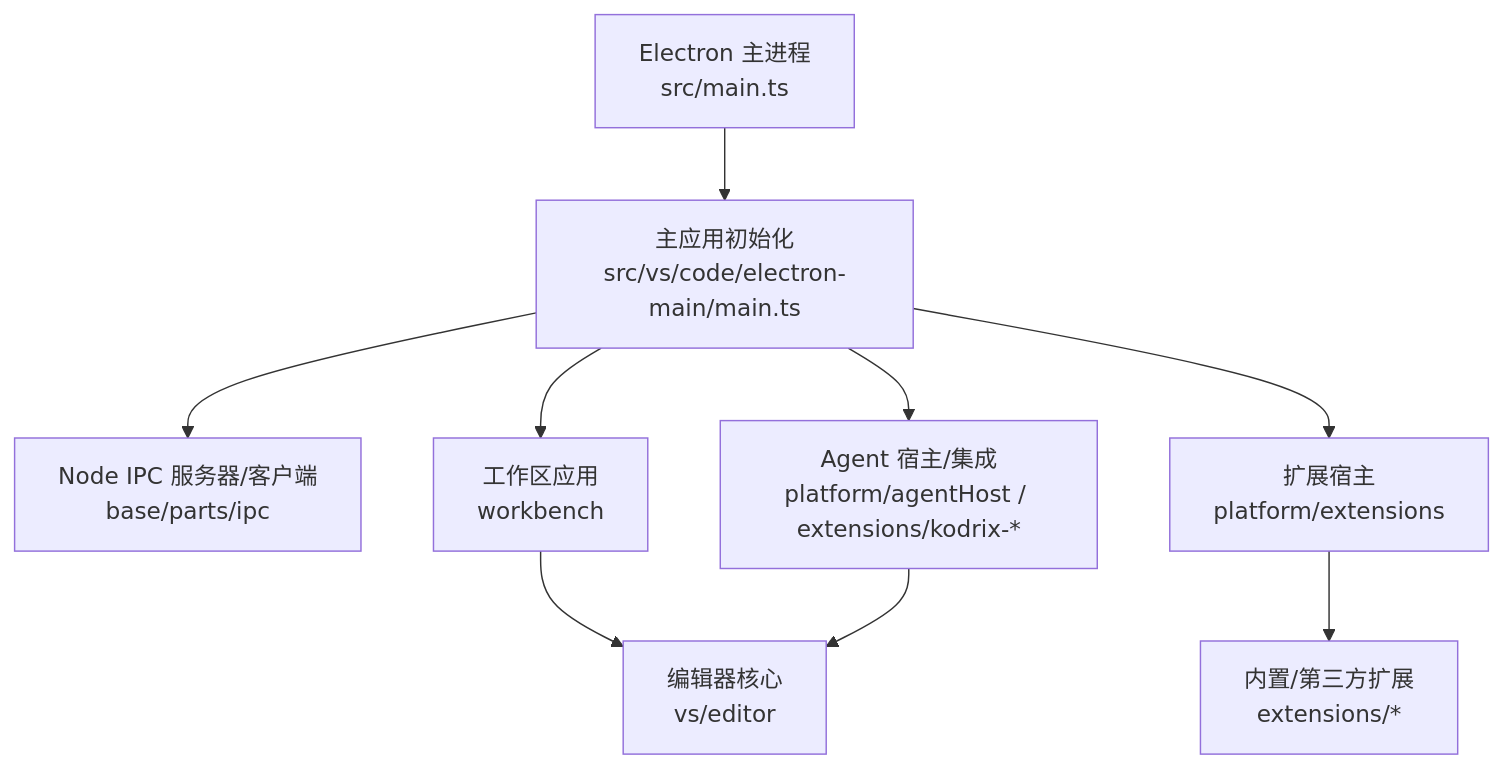
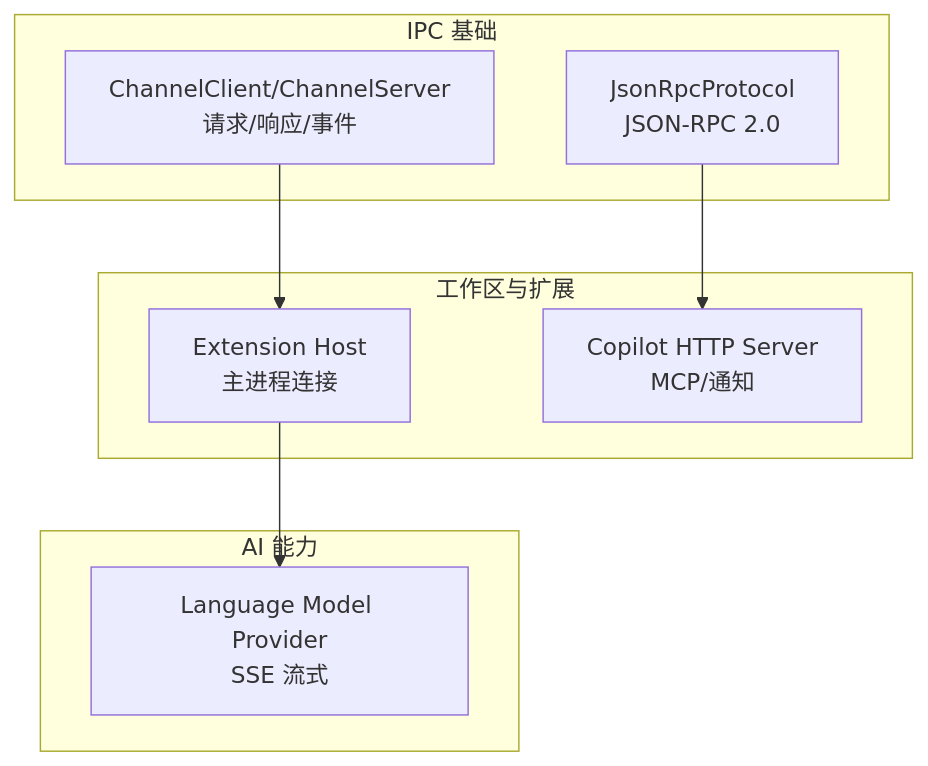
Before and after one commit to sofate798/KodrixCode: the first of 9 diagrams in .qoder/repowiki/zh/content/架构设计/组件交互模式.md, drawn with Mermaid. The commit also changed other lines of this file and 178 other files, not shown here.

````diff
--- a/.qoder/repowiki/zh/content/架构设计/组件交互模式.md
+++ b/.qoder/repowiki/zh/content/架构设计/组件交互模式.md
@@ -40,11 +43,17 @@
 ```mermaid
 graph TB
-A["Electron 主进程<br/>src/main.ts"] --> B["主应用初始化<br/>src/vs/code/electron-main/main.ts"]
-B --> C["Node IPC 服务器/客户端<br/>base/parts/ipc"]
-B --> D["工作区应用<br/>workbench"]
-B --> E["扩展宿主<br/>platform/extensions"]
-E --> F["内置/第三方扩展<br/>extensions/*"]
-B --> G["Agent 宿主/集成<br/>platform/agentHost / extensions/kodrix-*"]
-D --> H["编辑器核心<br/>vs/editor"]
-G --> H
+subgraph "IPC 基础"
+A["ChannelClient/ChannelServer<br/>请求/响应/事件"]
+B["JsonRpcProtocol<br/>JSON-RPC 2.0"]
+end
+subgraph "工作区与扩展"
+C["Extension Host<br/>主进程连接"]
+D["Copilot HTTP Server<br/>MCP/通知"]
+end
+subgraph "AI 能力"
+E["Language Model Provider<br/>SSE 流式"]
+end
+A --> C
+B --> D
+C --> E
 ```
````
